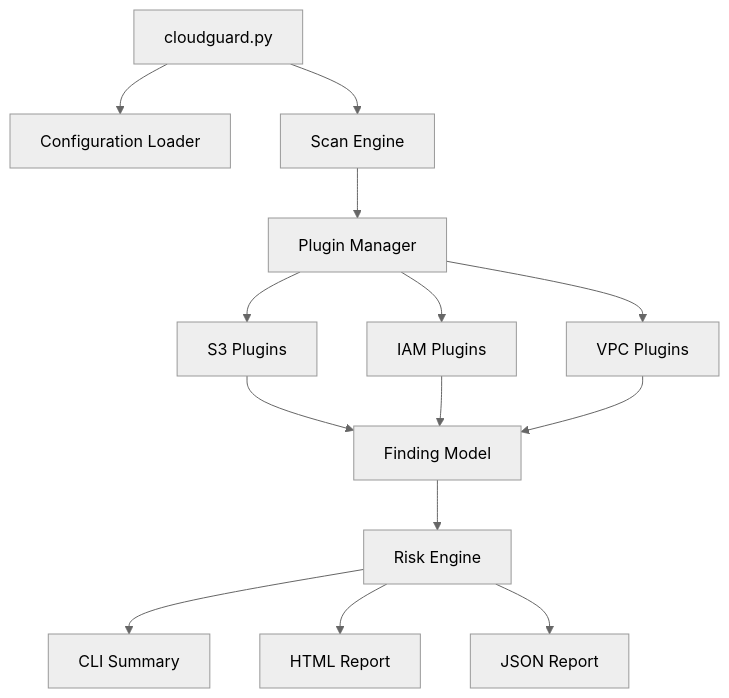
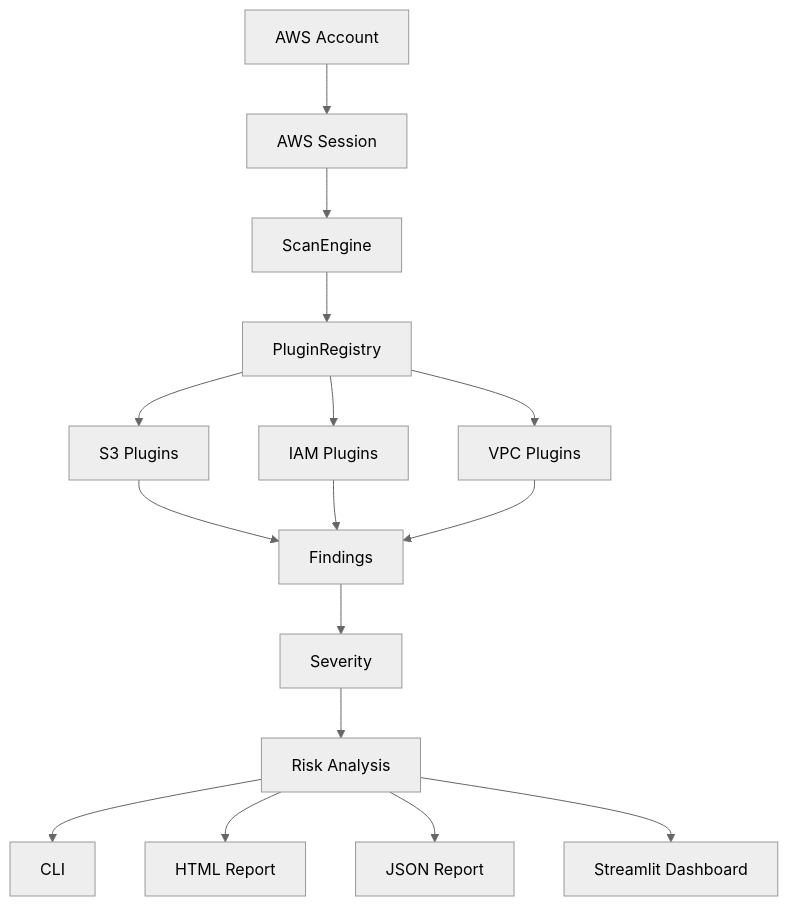
One commit to MohsanRazaq/CloudGuard changed the first of 8 diagrams in README.md. Above: the diagram before and after it, drawn with Mermaid (neutral theme). The commit also changed other lines of this file, not shown here.

````diff
--- a/README.md
+++ b/README.md
@@ -180,20 +9,22 @@
 ```mermaid
 flowchart TD
-    A[cloudguard.py] --> B[Configuration Loader]
-    A --> C[Scan Engine]
-    C --> D[Plugin Manager]
+    A["AWS Account"] --> B["AWS Session"]
+    B --> C["ScanEngine"]
+    C --> D["PluginRegistry"]
 
-    D --> E[S3 Plugins]
-    D --> F[IAM Plugins]
-    D --> G[VPC Plugins]
+    D --> E["S3 Plugins"]
+    D --> F["IAM Plugins"]
+    D --> G["VPC Plugins"]
 
-    E --> H[Finding Model]
+    E --> H["Findings"]
     F --> H
     G --> H
 
-    H --> I[Risk Engine]
+    H --> I["Severity"]
+    I --> J["Risk Analysis"]
 
-    I --> J[CLI Summary]
-    I --> K[HTML Report]
-    I --> L[JSON Report]
+    J --> K["CLI"]
+    J --> L["HTML Report"]
+    J --> M["JSON Report"]
+    J --> N["Streamlit Dashboard"]
 ```
````
